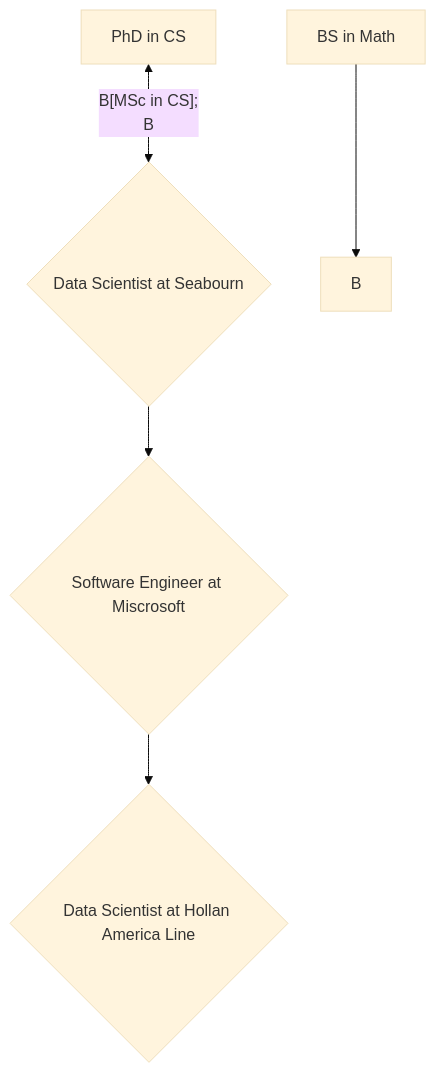
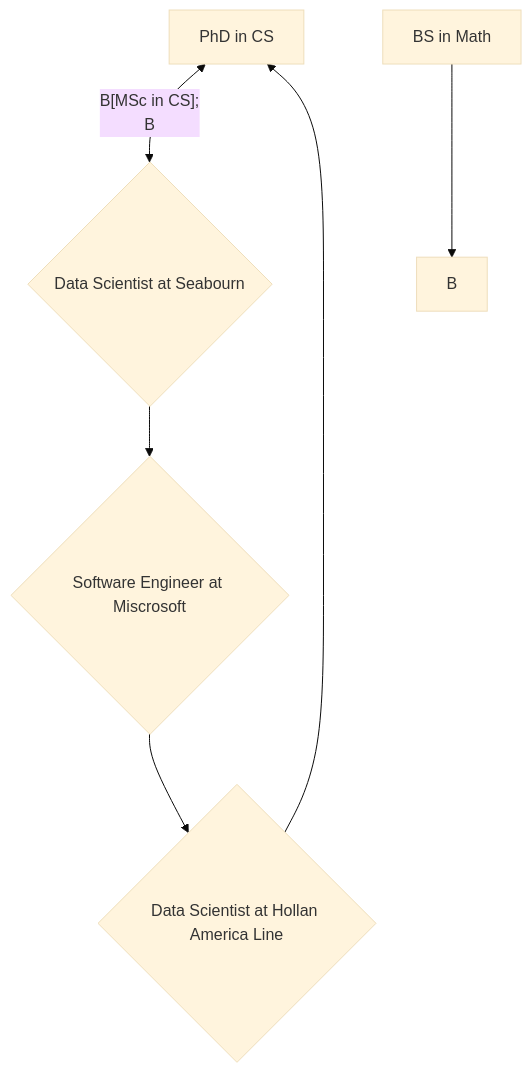
Before and after one commit to LeyliG/LeyliG: the diagram in README.md, drawn with Mermaid (base theme).

````diff
--- a/README.md
+++ b/README.md
@@ -31,8 +31,9 @@
 ```mermaid
   flowchart TB
-      A[PhD in CS] <-- B[MSc  in CS];
+      A[PhD in CS] <-- B[MSc in CS];
       B --> D{Data Scientist at Seabourn};
       C[BS in Math] --> B; 
       D --> E{Software Engineer at Miscrosoft};
-      E --> F{Data Scientist at Hollan America Line}
+      E --> F{Data Scientist at Hollan America Line};
+      F --> A
 ```
````
